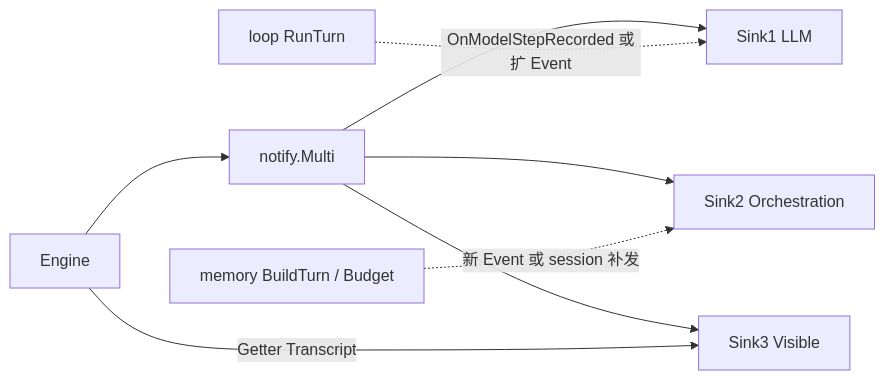
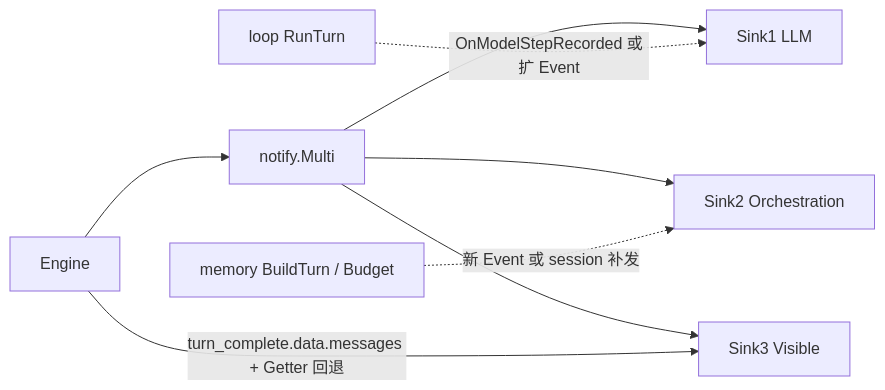
One commit to lengzhao/oneclaw changed the second of 2 diagrams in docs/notify-sinks-audit-design.md. Above: the diagram before and after it, drawn with Mermaid. The commit also changed other lines of this file and 43 other files, not shown here.

````diff
--- a/docs/notify-sinks-audit-design.md
+++ b/docs/notify-sinks-audit-design.md
@@ -132,15 +134,15 @@
 ```mermaid
 flowchart LR
   ENG[Engine]
   N[notify.Multi]
   S1[Sink1 LLM]
   S2[Sink2 Orchestration]
   S3[Sink3 Visible]
   ENG --> N
   N --> S1
   N --> S2
   N --> S3
-  ENG -->|Getter Transcript| S3
+  ENG -->|turn_complete.data.messages + Getter 回退| S3
   MEM[memory BuildTurn / Budget] -.->|新 Event 或 session 补发| S2
   LOOP[loop RunTurn] -.->|OnModelStepRecorded 或扩 Event| S1
 ```
````
